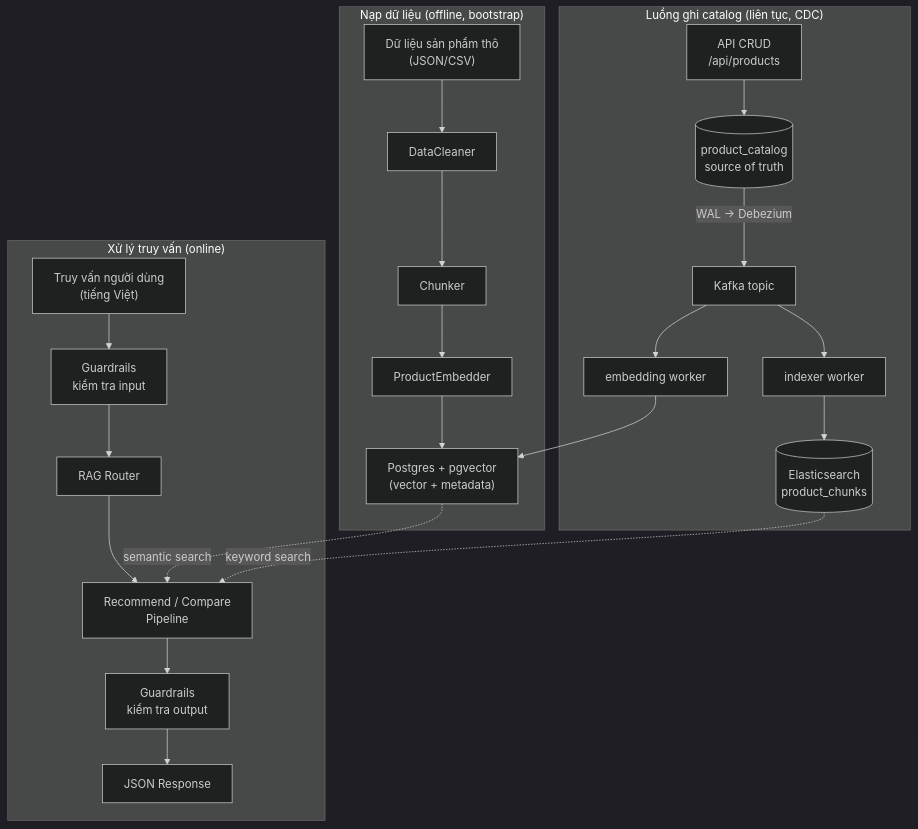
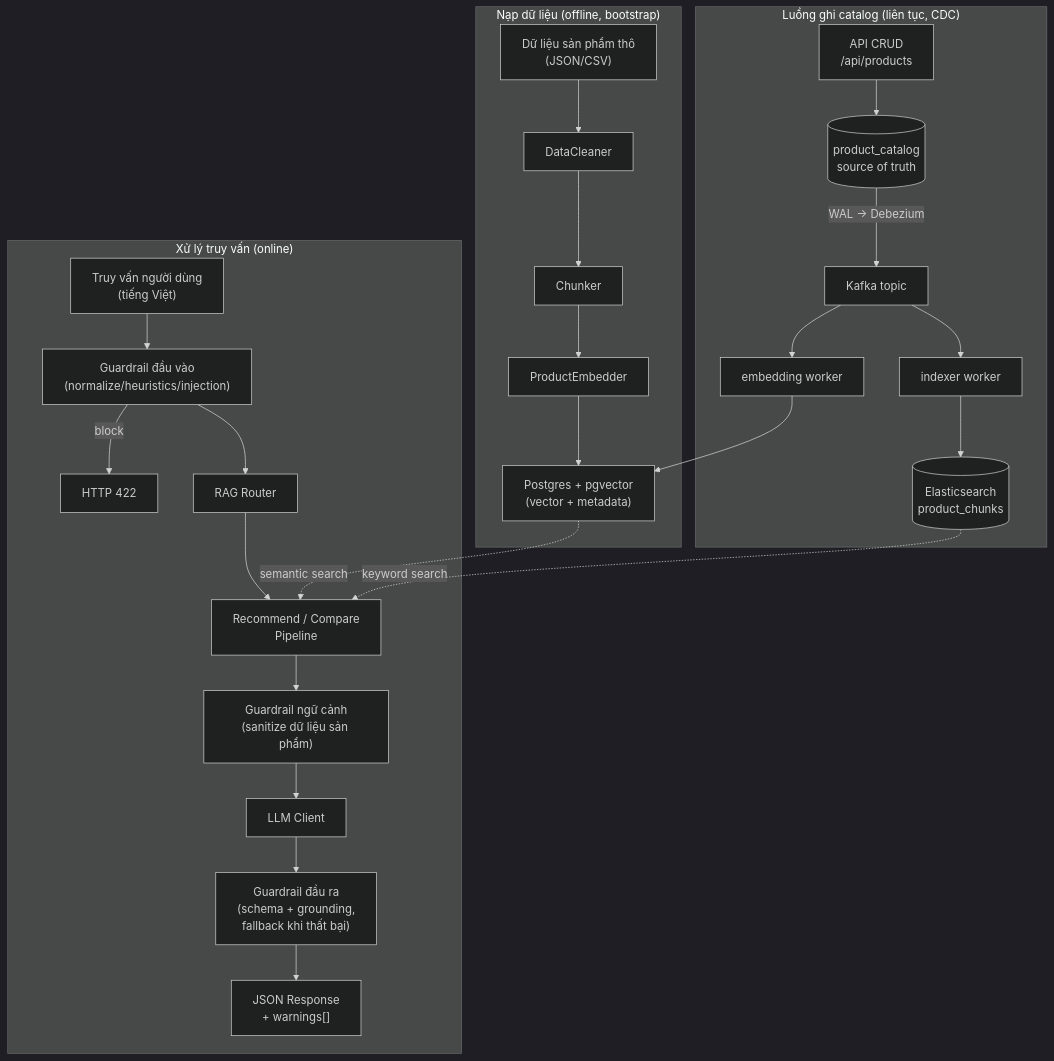
The sixth of 6 diagrams in docs/architecture/pipeline-flow.vi.md (nxhawk/techscout-rag-recommend), drawn with Mermaid (dark theme) before and after one commit. The commit also changed other lines of this file and 72 other files, not shown here.

````diff
--- a/docs/architecture/pipeline-flow.vi.md
+++ b/docs/architecture/pipeline-flow.vi.md
@@ -297,29 +330,32 @@
 ```mermaid
 flowchart TD
     subgraph Ingestion["Nạp dữ liệu (offline, bootstrap)"]
         RAW["Dữ liệu sản phẩm thô\n(JSON/CSV)"] --> CLEAN[DataCleaner]
         CLEAN --> CHUNK[Chunker]
         CHUNK --> EMBED[ProductEmbedder]
         EMBED --> STORE["Postgres + pgvector\n(vector + metadata)"]
     end
 
     subgraph CDC["Luồng ghi catalog (liên tục, CDC)"]
         CRUD["API CRUD\n/api/products"] --> CAT[("product_catalog\nsource of truth")]
         CAT -->|"WAL → Debezium"| KAFKA["Kafka topic"]
         KAFKA --> IW["indexer worker"]
         KAFKA --> EW["embedding worker"]
         IW --> ESI[("Elasticsearch\nproduct_chunks")]
         EW --> STORE
     end
 
     subgraph Runtime["Xử lý truy vấn (online)"]
-        USER["Truy vấn người dùng\n(tiếng Việt)"] --> GUARD_IN[Guardrails\nkiểm tra input]
+        USER["Truy vấn người dùng\n(tiếng Việt)"] --> GUARD_IN["Guardrail đầu vào\n(normalize/heuristics/injection)"]
+        GUARD_IN -->|block| E422["HTTP 422"]
         GUARD_IN --> ROUTER[RAG Router]
         ROUTER --> PIPELINE["Recommend / Compare\nPipeline"]
-        PIPELINE --> GUARD_OUT[Guardrails\nkiểm tra output]
-        GUARD_OUT --> API["JSON Response"]
+        PIPELINE --> GUARD_CTX["Guardrail ngữ cảnh\n(sanitize dữ liệu sản phẩm)"]
+        GUARD_CTX --> LLMCALL[LLM Client]
+        LLMCALL --> GUARD_OUT["Guardrail đầu ra\n(schema + grounding,\nfallback khi thất bại)"]
+        GUARD_OUT --> API["JSON Response\n+ warnings[]"]
     end
 
     STORE -.->|"semantic search"| PIPELINE
     ESI -.->|"keyword search"| PIPELINE
 ```
````
